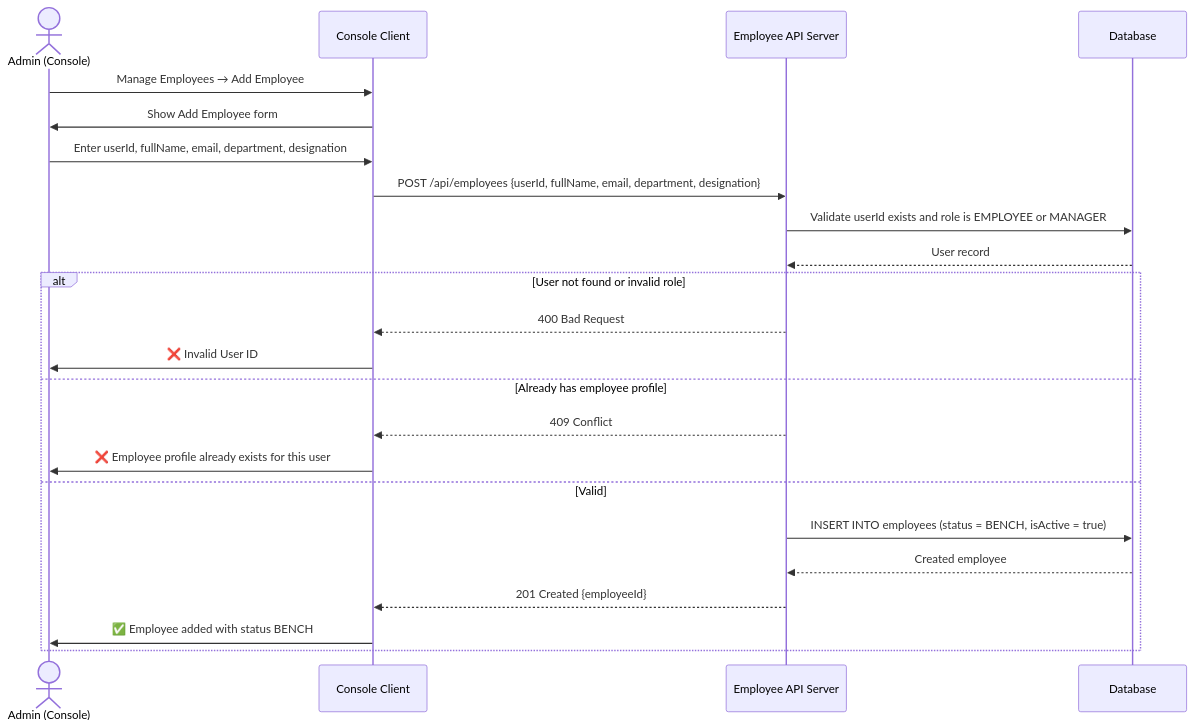
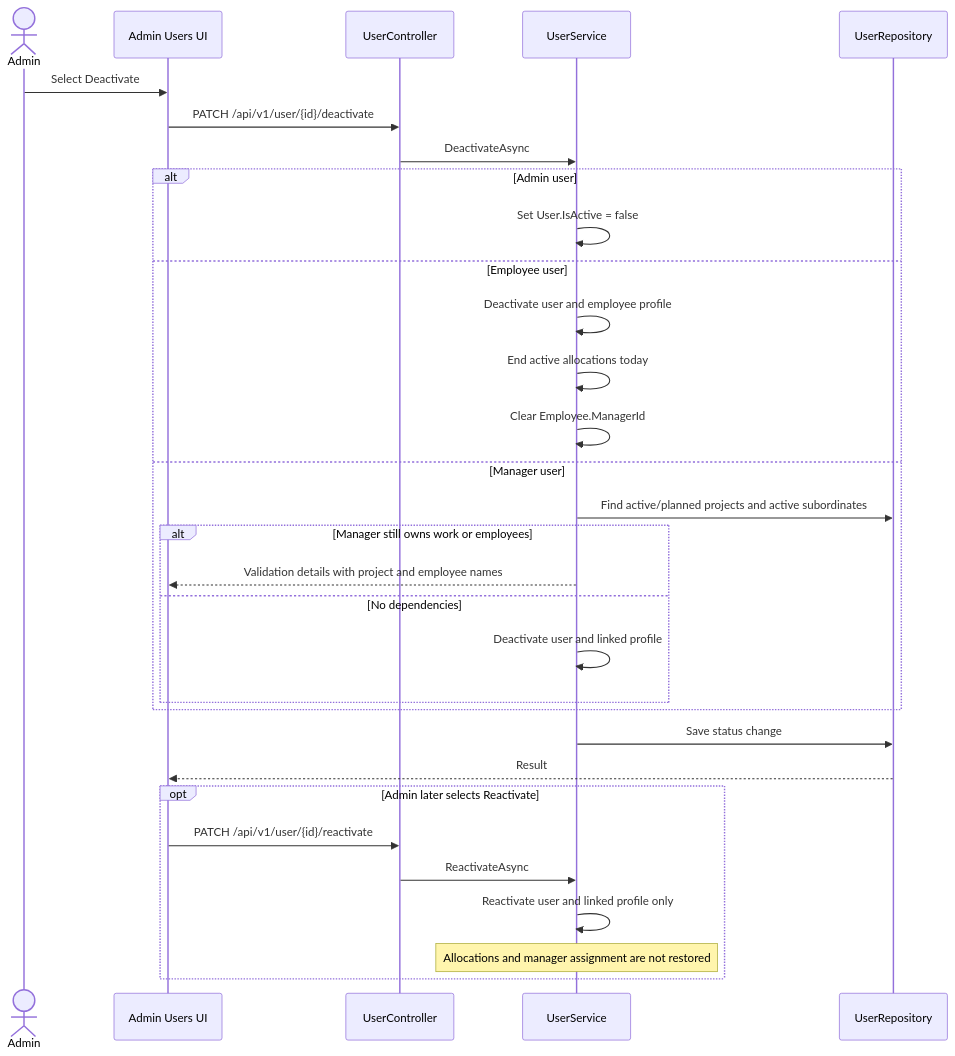
Before and after one commit to AayushGargITT/AayushGarg-LearnCode-2025-26: the tenth of 17 diagrams in ResourceMindAi/readme.md, drawn with Mermaid. The commit also changed other lines of this file, not shown here.

Commit message:
docs(readme): update architecture and diagrams to reflect latest PRM workflows

````diff
--- a/ResourceMindAi/readme.md
+++ b/ResourceMindAi/readme.md
@@ -604,30 +517,37 @@
 ```mermaid
 sequenceDiagram
-    actor A as Admin (Console)
-    participant C as Console Client
-    participant S as Employee API Server
-    participant DB as Database
+    actor Admin
+    participant UI as Admin Users UI
+    participant API as UserController
+    participant Service as UserService
+    participant Repo as UserRepository
 
-    A->>C: Manage Employees → Add Employee
-    C->>A: Show Add Employee form
+    Admin->>UI: Select Deactivate
+    UI->>API: PATCH /api/v1/user/{id}/deactivate
+    API->>Service: DeactivateAsync
 
-    A->>C: Enter userId, fullName, email, department, designation
+    alt Admin user
+        Service->>Service: Set User.IsActive = false
+    else Employee user
+        Service->>Service: Deactivate user and employee profile
+        Service->>Service: End active allocations today
+        Service->>Service: Clear Employee.ManagerId
+    else Manager user
+        Service->>Repo: Find active/planned projects and active subordinates
+        alt Manager still owns work or employees
+            Service-->>UI: Validation details with project and employee names
+        else No dependencies
+            Service->>Service: Deactivate user and linked profile
+        end
+    end
 
-    C->>S: POST /api/employees {userId, fullName, email, department, designation}
+    Service->>Repo: Save status change
+    Repo-->>UI: Result
 
-    S->>DB: Validate userId exists and role is EMPLOYEE or MANAGER
-    DB-->>S: User record
-
-    alt User not found or invalid role
-        S-->>C: 400 Bad Request
-        C->>A: ❌ Invalid User ID
-    else Already has employee profile
-        S-->>C: 409 Conflict
-        C->>A: ❌ Employee profile already exists for this user
-    else Valid
-        S->>DB: INSERT INTO employees (status = BENCH, isActive = true)
-        DB-->>S: Created employee
-        S-->>C: 201 Created {employeeId}
-        C->>A: ✅ Employee added with status BENCH
+    opt Admin later selects Reactivate
+        UI->>API: PATCH /api/v1/user/{id}/reactivate
+        API->>Service: ReactivateAsync
+        Service->>Service: Reactivate user and linked profile only
+        Note over Service: Allocations and manager assignment are not restored
     end
 ```
````
